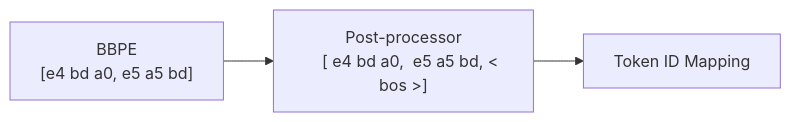
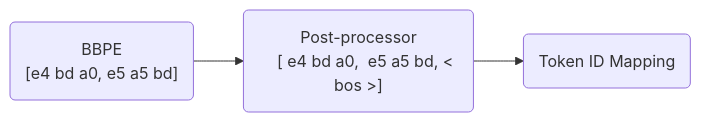
Before and after one commit to ChrisZhu2050/chriszhu2050.github.io: diagram 13 of 16 in index.md, drawn with Mermaid. The commit also changed other lines of this file, not shown here.

````diff
--- a/index.md
+++ b/index.md
@@ -407,7 +407,7 @@
           ```mermaid
             graph LR
-                A["`BBPE
-                [e4 bd a0,  e5 a5 bd]`"] --> B["Post-processor
+                A("`BBPE
+                [e4 bd a0,  e5 a5 bd]`") --> B("Post-processor
                 [ e4 bd a0,  e5 a5 bd, < bos >]
-                "] --> C["`Token ID Mapping`"] 
+                ") --> C("`Token ID Mapping`") 
           ```
````
